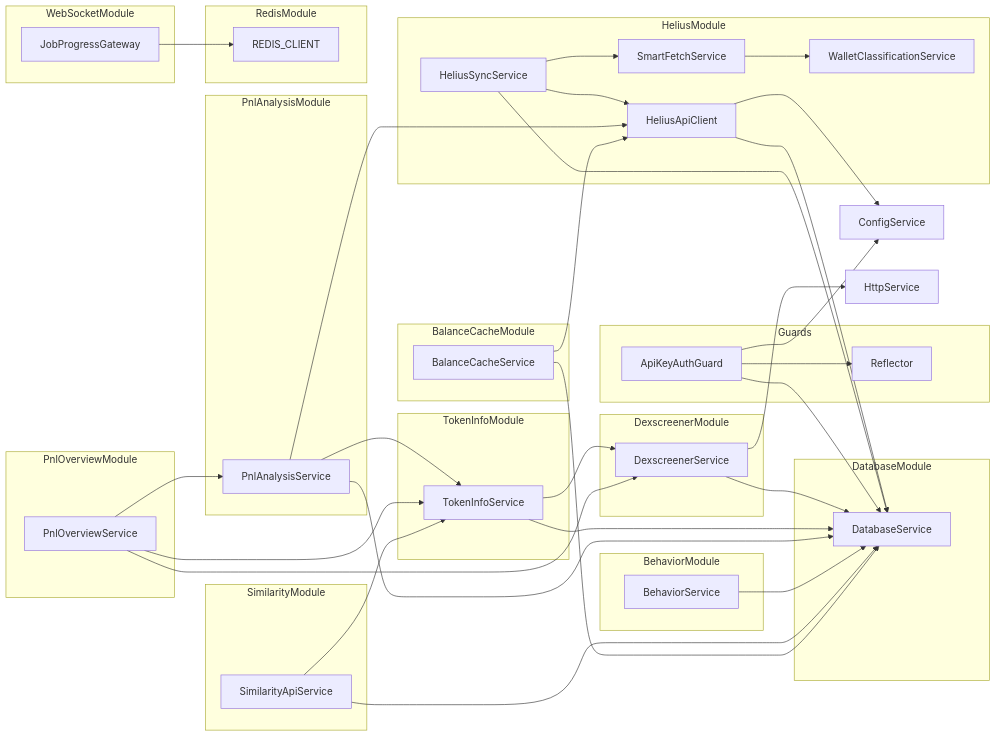
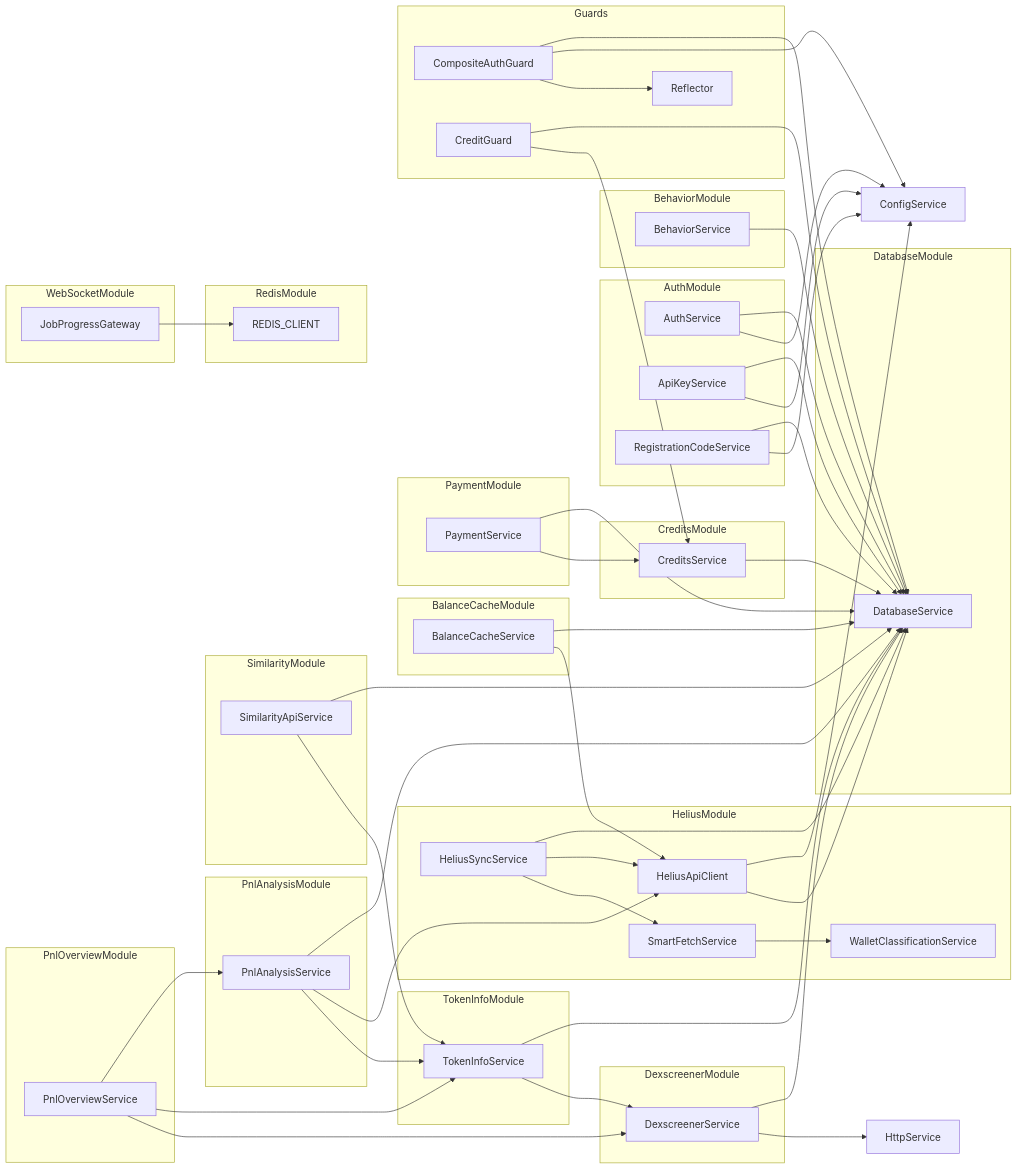
Before and after one commit to nydiokar/analyzer: the second of 4 diagrams in src/api/map.md, drawn with Mermaid. The commit also changed other lines of this file and 2 other files, not shown here.

First line of the commit message:
refactor(docs): update README and API documentation for Sova Intel platform

````diff
--- a/src/api/map.md
+++ b/src/api/map.md
@@ -327,6 +450,16 @@
     HSync[HeliusSyncService]
   end
 
+  subgraph AuthModule
+    AuthS[AuthService]
+    ApiKeyS[ApiKeyService]
+    RegCodeS[RegistrationCodeService]
+  end
+
+  subgraph CreditsModule
+    CredS[CreditsService]
+  end
+
   Cfg[ConfigService]
   Http[HttpService]
 
@@ -337,6 +470,17 @@
   HSync --> DB
   HSync --> HClient
   HSync --> SFetch
+
+  %% Auth
+  AuthS --> DB
+  AuthS --> Cfg
+  ApiKeyS --> DB
+  ApiKeyS --> Cfg
+  RegCodeS --> DB
+  RegCodeS --> Cfg
+
+  %% Credits
+  CredS --> DB
 
   %% Dexscreener
   subgraph DexscreenerModule
@@ -387,6 +531,13 @@
   BCache --> DB
   BCache --> HClient
 
+  %% Payments
+  subgraph PaymentModule
+    PayS[PaymentService]
+  end
+  PayS --> DB
+  PayS --> CredS
+
   %% WebSocket / Redis
   subgraph RedisModule
     REDIS[REDIS_CLIENT]
@@ -398,10 +549,13 @@
 
   %% Guards
   subgraph Guards
-    Guard[ApiKeyAuthGuard]
+    Guard[CompositeAuthGuard]
+    CreditG[CreditGuard]
     Refl[Reflector]
   end
   Guard --> DB
   Guard --> Cfg
   Guard --> Refl
+  CreditG --> DB
+  CreditG --> CredS
 ```
````
